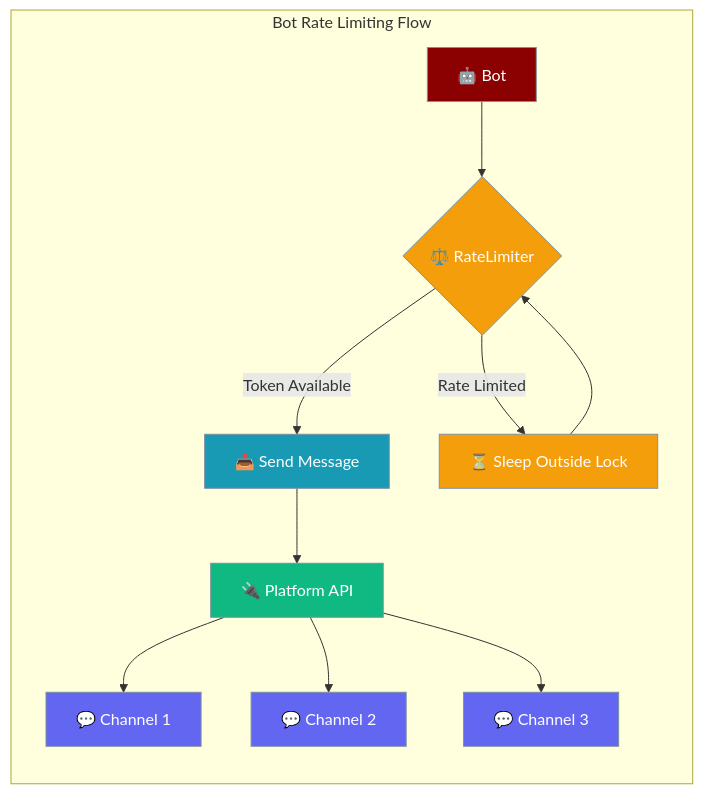
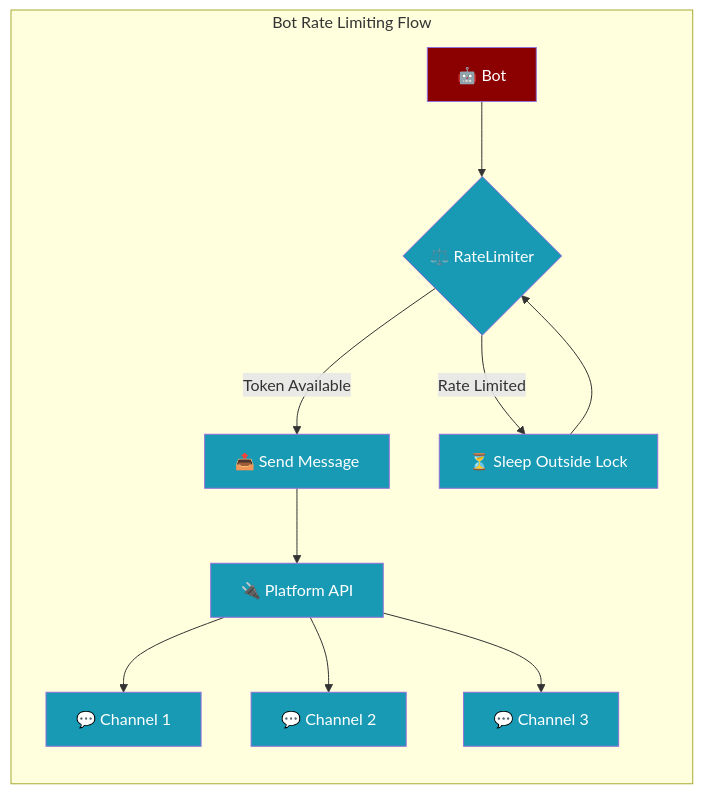
One commit to MervinPraison/PraisonAIDocs changed the first of 2 diagrams in docs/features/bot-rate-limiting.mdx. Above: the diagram before and after it, drawn with Mermaid. The commit also changed 24 other files, not shown here.

````diff
--- a/docs/features/bot-rate-limiting.mdx
+++ b/docs/features/bot-rate-limiting.mdx
@@ -10,26 +10,19 @@
 ```mermaid
 graph LR
     subgraph "Bot Rate Limiting Flow"
         B[🤖 Bot] --> L{⚖️ RateLimiter}
         L -->|Token Available| Send[📤 Send Message]
         L -->|Rate Limited| Wait[⏳ Sleep Outside Lock]
         Wait --> L
         Send --> P[🔌 Platform API]
         P --> C1[💬 Channel 1]
         P --> C2[💬 Channel 2]
         P --> C3[💬 Channel 3]
     end
     
-    classDef bot fill:#8B0000,stroke:#7C90A0,color:#fff
-    classDef limiter fill:#F59E0B,stroke:#7C90A0,color:#fff
-    classDef send fill:#189AB4,stroke:#7C90A0,color:#fff
-    classDef platform fill:#10B981,stroke:#7C90A0,color:#fff
-    classDef channel fill:#6366F1,stroke:#7C90A0,color:#fff
+    classDef agent fill:#8B0000,color:#fff
+    classDef tool fill:#189AB4,color:#fff
     
-    class B bot
-    class L limiter
-    class Send send
-    class P platform
-    class C1,C2,C3 channel
-    class Wait limiter
+    class B agent
+    class L,Send,Wait,P,C1,C2,C3 tool
 ```
````
